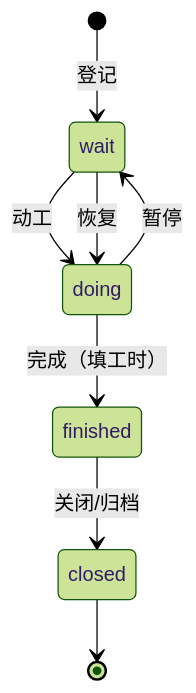
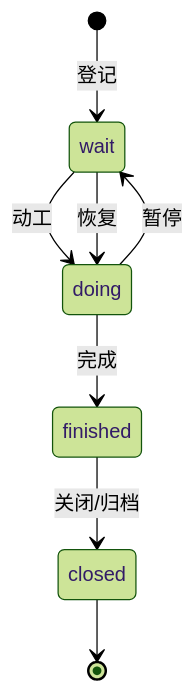
One commit to minjian123/basic-management-system changed the diagram in bms文档/规范/项目管理规范.md. Above: the diagram before and after it, drawn with Mermaid (forest theme). The commit also changed other lines of this file and 641 other files, not shown here.

````diff
--- a/bms文档/规范/项目管理规范.md
+++ b/bms文档/规范/项目管理规范.md
@@ -106,10 +105,10 @@
 ```mermaid
 stateDiagram-v2
     [*] --> wait : 登记
     wait --> doing : 动工
     doing --> wait : 暂停
     wait --> doing : 恢复
-    doing --> finished : 完成（填工时）
+    doing --> finished : 完成
     finished --> closed : 关闭/归档
     closed --> [*]
 ```
````
